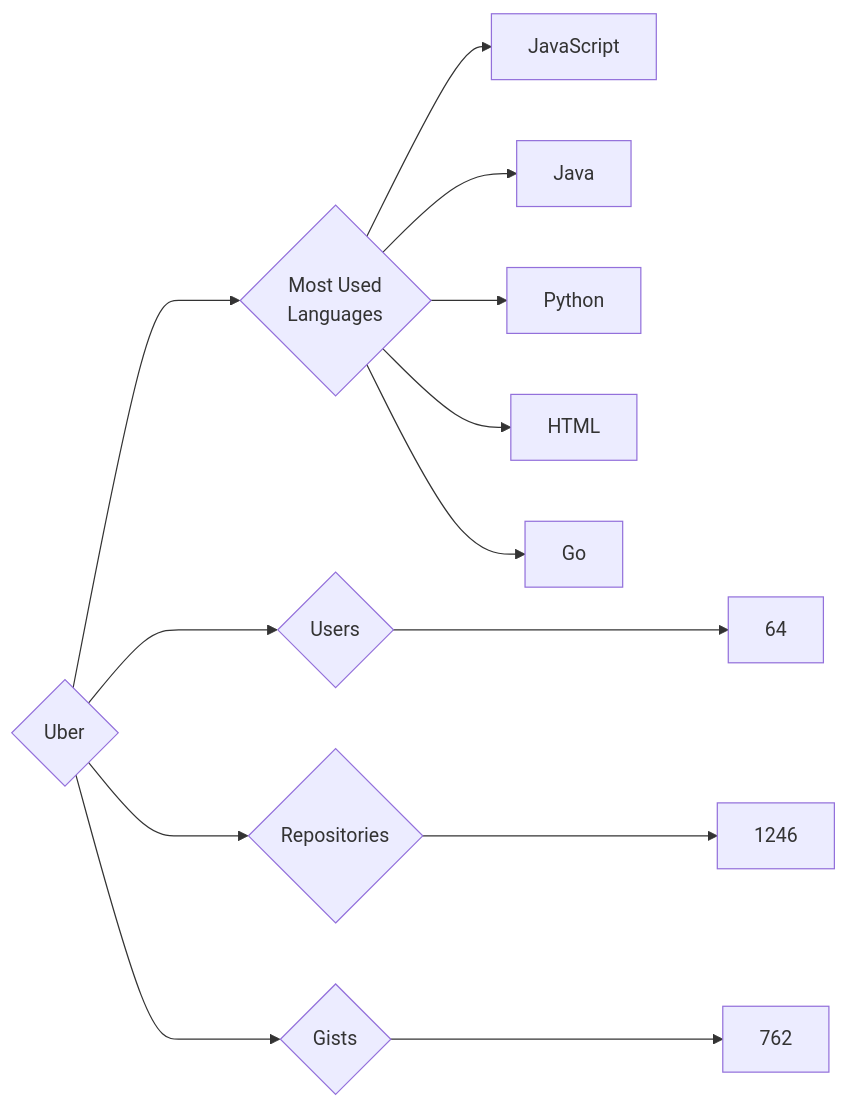
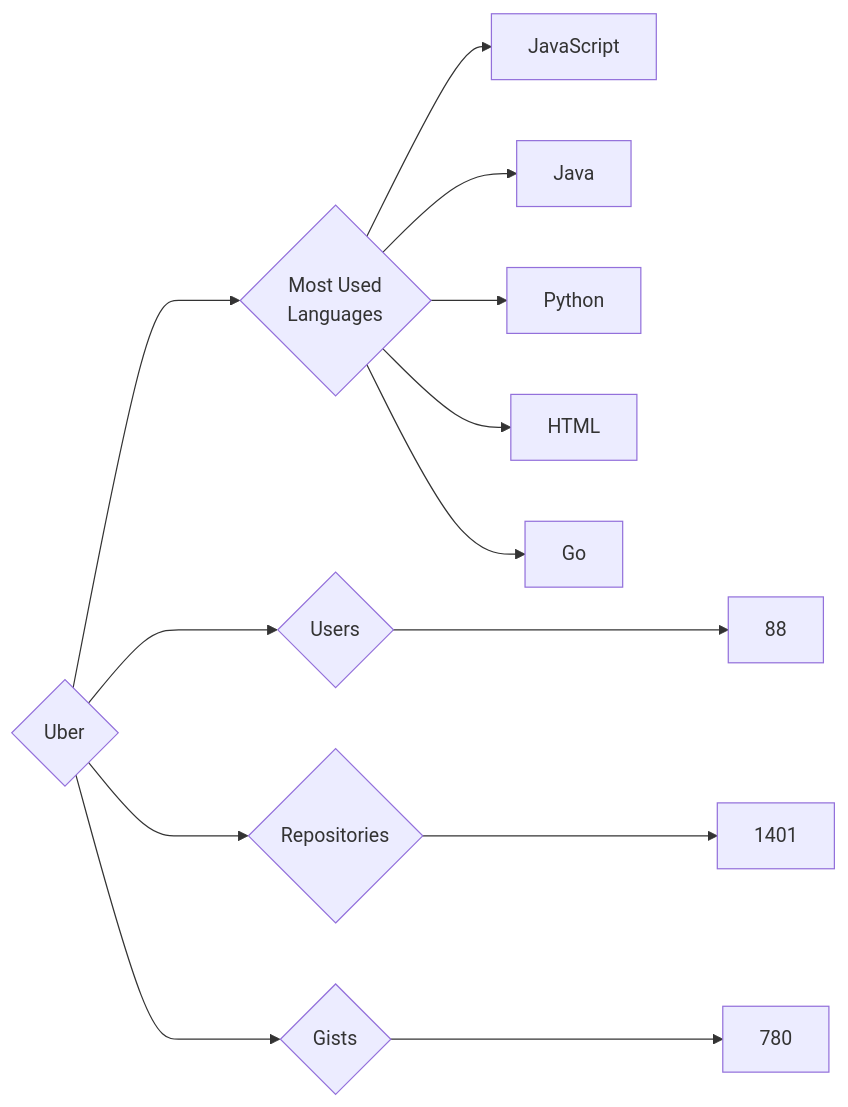
One commit to trickest/insiders changed the diagram in targets/Uber/README.md. Above: the diagram before and after it, drawn with Mermaid. The commit also changed 973 other files, not shown here.

````diff
--- a/targets/Uber/README.md
+++ b/targets/Uber/README.md
@@ -3,13 +3,13 @@
 ```mermaid
 graph LR
 COMPANY_NAME{Uber}
-COMPANY_NAME ---> U{Users} ---> UN[64]
-COMPANY_NAME ---> R{Repositories} ---> RN[1246]
-COMPANY_NAME ---> G{Gists} ---> GN[762]
+COMPANY_NAME ---> U{Users} ---> UN[88]
+COMPANY_NAME ---> R{Repositories} ---> RN[1401]
+COMPANY_NAME ---> G{Gists} ---> GN[780]
 COMPANY_NAME ---> ML{Most Used<br>Languages}
 ML --> JavaScript[JavaScript]
 ML --> Java[Java]
 ML --> Python[Python]
 ML --> HTML[HTML]
 ML --> Go[Go]
 ```
````
